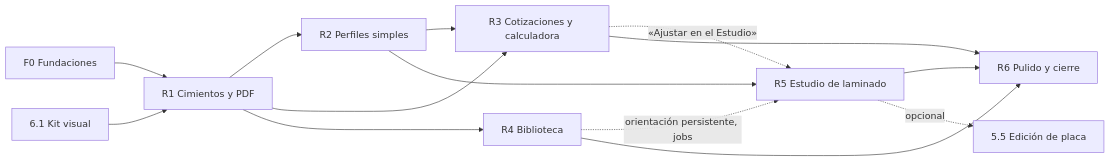
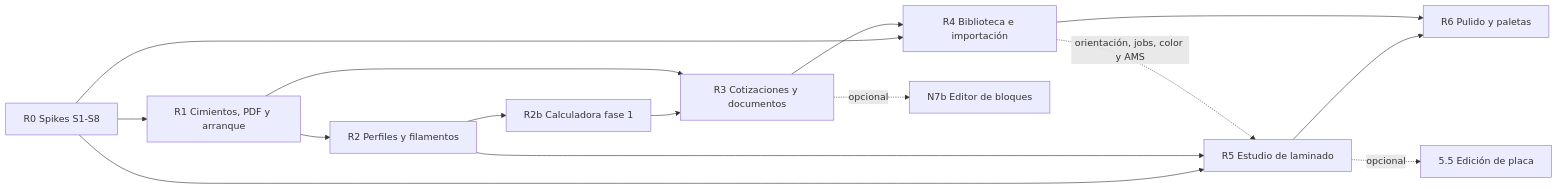
Before and after one commit to fr4j4/minifactory-hub: the diagram in docs/mejoras/09-plan-y-estimaciones.md, drawn with Mermaid. The commit also changed other lines of this file and 8 other files, not shown here.

````diff
--- a/docs/mejoras/09-plan-y-estimaciones.md
+++ b/docs/mejoras/09-plan-y-estimaciones.md
@@ -134,16 +160,17 @@
 ```mermaid
 flowchart LR
-  F0[F0 Fundaciones] --> R1
-  K[6.1 Kit visual] --> R1[R1 Cimientos y PDF]
-  R1 --> R2[R2 Perfiles simples]
-  R1 --> R3[R3 Cotizaciones y calculadora]
-  R1 --> R4[R4 Biblioteca]
-  R2 --> R3
+  R0[R0 Spikes S1-S8] --> R1
+  R0 --> R4
+  R0 --> R5
+  R1[R1 Cimientos, PDF y arranque] --> R2[R2 Perfiles y filamentos]
+  R2 --> R2b[R2b Calculadora fase 1]
+  R2b --> R3[R3 Cotizaciones y documentos]
+  R1 --> R3
+  R3 --> R4[R4 Biblioteca e importación]
   R2 --> R5[R5 Estudio de laminado]
-  R4 -. orientación persistente, jobs .-> R5
-  R3 -. «Ajustar en el Estudio» .-> R5
-  R5 --> R6[R6 Pulido y cierre]
-  R3 --> R6
+  R4 -. orientación, jobs, color y AMS .-> R5
+  R5 --> R6[R6 Pulido y paletas]
   R4 --> R6
   R5 -. opcional .-> P[5.5 Edición de placa]
+  R3 -. opcional .-> L2[N7b Editor de bloques]
 ```
````
